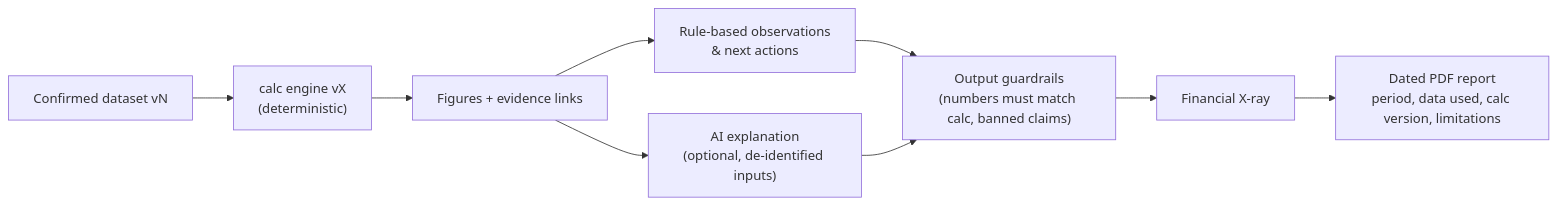
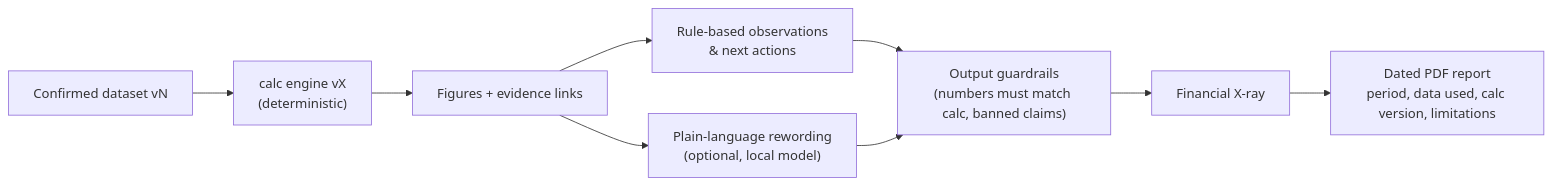
The fourth of 6 diagrams in docs/high-level-design.md (sdebie/sfg-parent), drawn with Mermaid before and after one commit. The commit also changed other lines of this file, not shown here.

First line of the commit message:
HLD: add local AI assistant (Ask SFG), answers Q5

````diff
--- a/docs/high-level-design.md
+++ b/docs/high-level-design.md
@@ -296,11 +302,11 @@
 ```mermaid
 flowchart LR
   D["Confirmed dataset vN"] --> CALC["calc engine vX<br/>(deterministic)"]
   CALC --> FIG["Figures + evidence links"]
   FIG --> RULES["Rule-based observations<br/>& next actions"]
-  FIG --> AI["AI explanation<br/>(optional, de-identified inputs)"]
+  FIG --> AI["Plain-language rewording<br/>(optional, local model)"]
   RULES --> GUARD["Output guardrails<br/>(numbers must match calc, banned claims)"]
   AI --> GUARD
   GUARD --> XRAY["Financial X-ray"]
   XRAY --> REP["Dated PDF report<br/>period, data used, calc version, limitations"]
 ```
````
